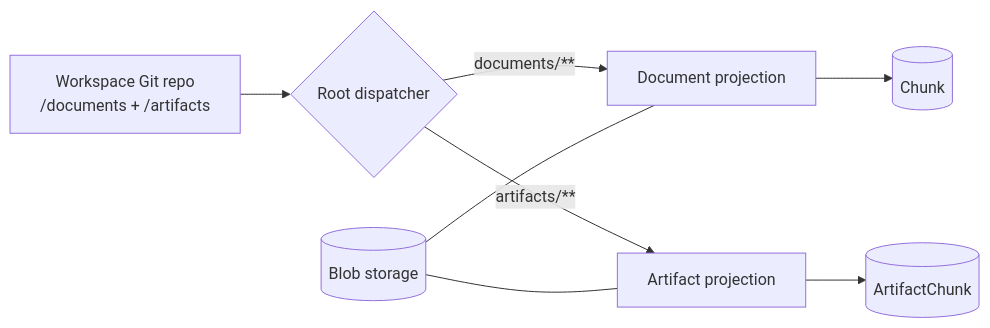
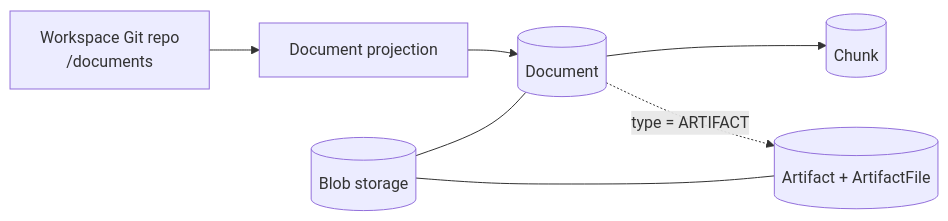
The first of 5 diagrams in plans/git-native-kb/00b-diagrams.md (MODSetter/SurfSense), drawn with Mermaid before and after one commit. The commit also changed other lines of this file and 12 other files, not shown here.

Commit message:
docs(adr): add ADR 0003 detailing the decision to treat generated deliverables as documents with a dedicated artifact sidecar

````diff
--- a/plans/git-native-kb/00b-diagrams.md
+++ b/plans/git-native-kb/00b-diagrams.md
@@ -7,10 +7,9 @@
 ```mermaid
 flowchart LR
-  GIT["Workspace Git repo\n/documents + /artifacts"] --> DISPATCH{"Root dispatcher"}
-  DISPATCH -->|documents/**| DOC["Document projection"]
-  DISPATCH -->|artifacts/**| ART["Artifact projection"]
+  GIT["Workspace Git repo\n/documents"] --> PROJ["Document projection"]
+  PROJ --> DOC[("Document")]
   DOC --> CHUNK[("Chunk")]
-  ART --> ACHUNK[("ArtifactChunk")]
+  DOC -.->|"type = ARTIFACT"| ART[("Artifact + ArtifactFile")]
   BLOBS[("Blob storage")] --- DOC
   BLOBS --- ART
 ```
````
